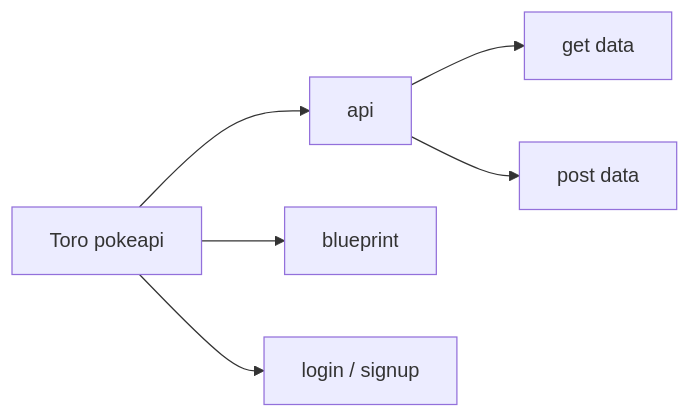
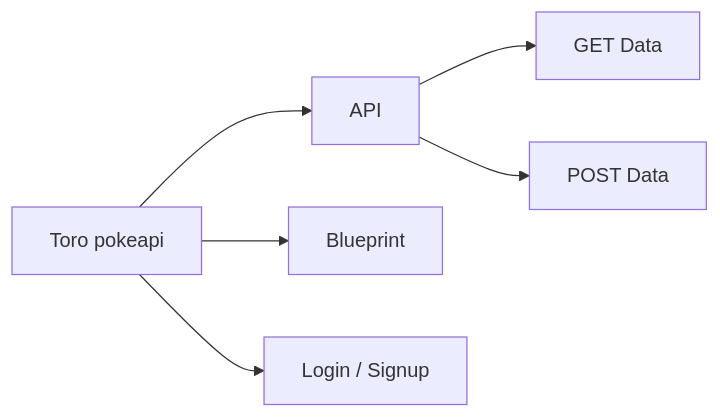
The second of 3 diagrams in README.md (oackland/pokeapi_flask), drawn with Mermaid before and after one commit. The commit also changed other lines of this file and 1515 other files, not shown here.

````diff
--- a/README.md
+++ b/README.md
@@ -3,8 +16,8 @@
 ```mermaid
 graph LR
-    A[Toro pokeapi] --> B[api]
-    A[Toro pokeapi] --> C[blueprint]
-    A[Toro pokeapi] --> D[login / signup]
-    B[api] --> E[get data]
-    B[api] --> F[post data]
+    A[Toro pokeapi] --> B[API]
+    A[Toro pokeapi] --> C[Blueprint]
+    A[Toro pokeapi] --> D[Login / Signup]
+    B[API] --> E[GET Data]
+    B[API] --> F[POST Data]
 ```
````
